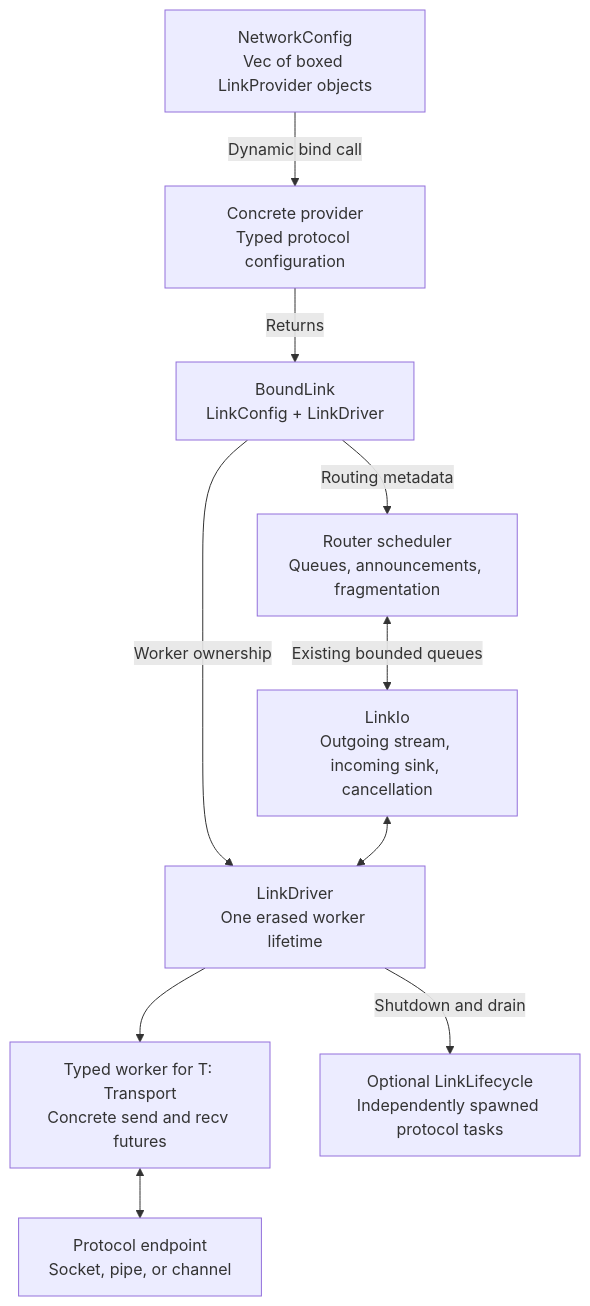
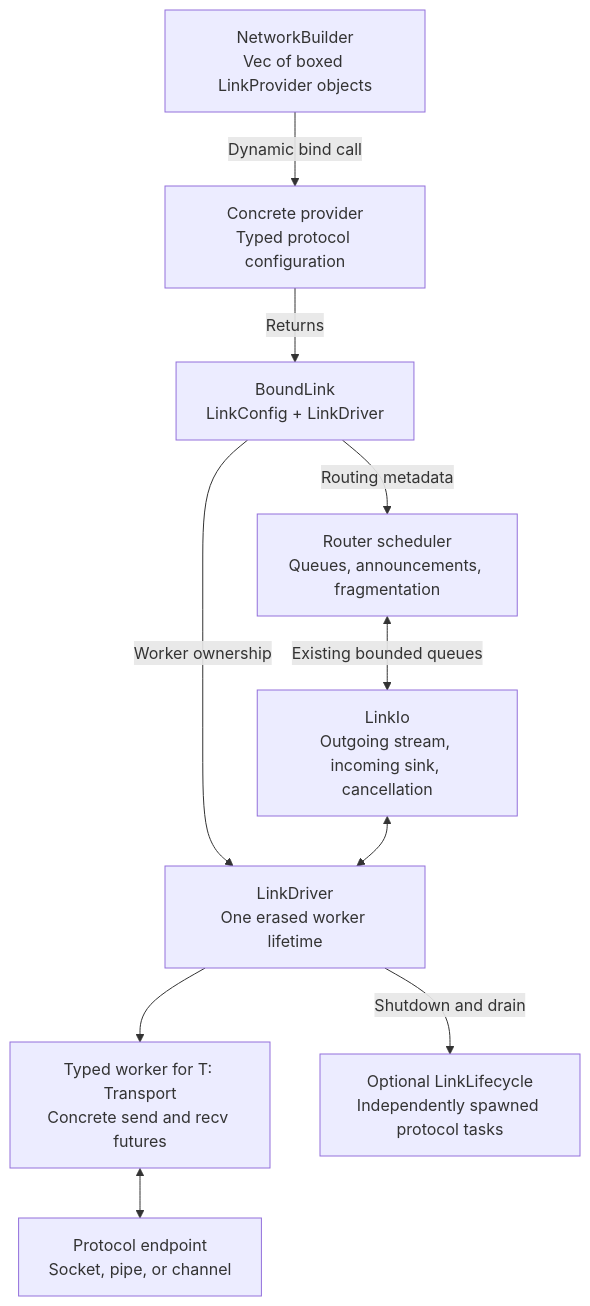
One commit to napbat/groupnet changed the second of 4 diagrams in docs/link-lifecycle.md. Above: the diagram before and after it, drawn with Mermaid. The commit also changed other lines of this file and 50 other files, not shown here.

````diff
--- a/docs/link-lifecycle.md
+++ b/docs/link-lifecycle.md
@@ -117,21 +121,21 @@
 ```mermaid
 flowchart TB
-    Config["NetworkConfig\nVec of boxed LinkProvider objects"]
+    Config["NetworkBuilder\nVec of boxed LinkProvider objects"]
     Provider["Concrete provider\nTyped protocol configuration"]
     Bound["BoundLink\nLinkConfig + LinkDriver"]
     Scheduler["Router scheduler\nQueues, announcements, fragmentation"]
     IO["LinkIo\nOutgoing stream, incoming sink, cancellation"]
     Driver["LinkDriver\nOne erased worker lifetime"]
     Typed["Typed worker for T: Transport\nConcrete send and recv futures"]
     Endpoint["Protocol endpoint\nSocket, pipe, or channel"]
     Lifecycle["Optional LinkLifecycle\nIndependently spawned protocol tasks"]
     Config -->|"Dynamic bind call"| Provider
     Provider -->|"Returns"| Bound
     Bound -->|"Routing metadata"| Scheduler
     Bound -->|"Worker ownership"| Driver
     Scheduler <-->|"Existing bounded queues"| IO
     IO <--> Driver
     Driver --> Typed
     Typed <--> Endpoint
     Driver -->|"Shutdown and drain"| Lifecycle
 ```
````
